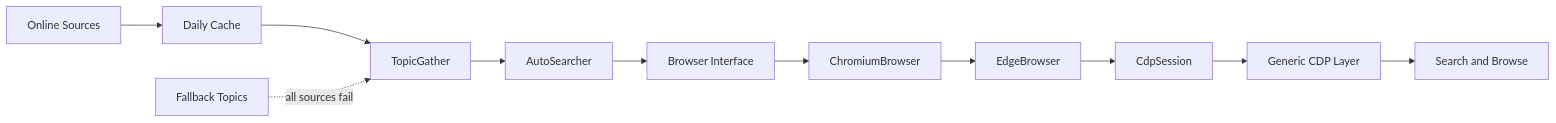
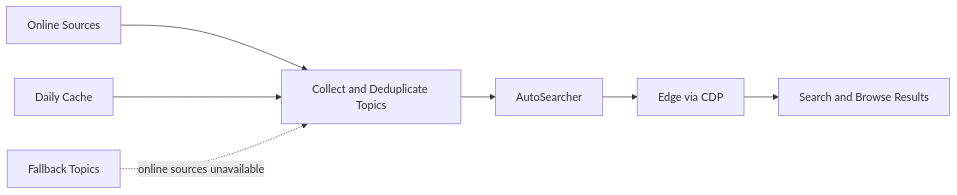
Before and after one commit to Ammmob/AutoSearcher: the diagram in README.md, drawn with Mermaid. The commit also changed other lines of this file and 1 other file, not shown here.

Commit message:
docs: streamline project overview and roadmap

````diff
--- a/README.md
+++ b/README.md
@@ -48,13 +45,9 @@
 ```mermaid
 flowchart LR
-    Sources[Online Sources] --> Cache[Daily Cache]
-    Cache --> Gather[TopicGather]
-    Fallback[Fallback Topics] -. all sources fail .-> Gather
-    Gather --> Runner[AutoSearcher]
-    Runner --> Browser[Browser Interface]
-    Browser --> Chromium[ChromiumBrowser]
-    Chromium --> Edge[EdgeBrowser]
-    Edge --> Session[CdpSession]
-    Session --> CDP[Generic CDP Layer]
-    CDP --> Search[Search and Browse]
+    Sources[Online Sources] --> Gather[Collect and Deduplicate Topics]
+    Cache[Daily Cache] --> Gather
+    Fallback[Fallback Topics] -. online sources unavailable .-> Gather
+    Gather --> Searcher[AutoSearcher]
+    Searcher --> Edge[Edge via CDP]
+    Edge --> Search[Search and Browse Results]
 ```
````
